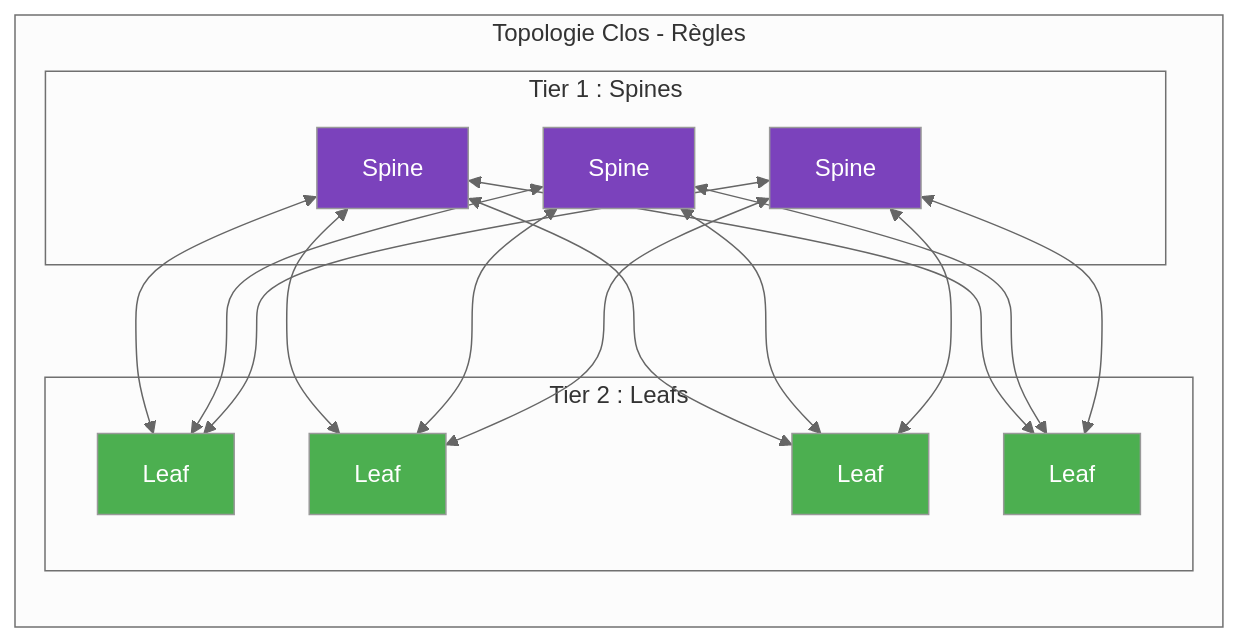
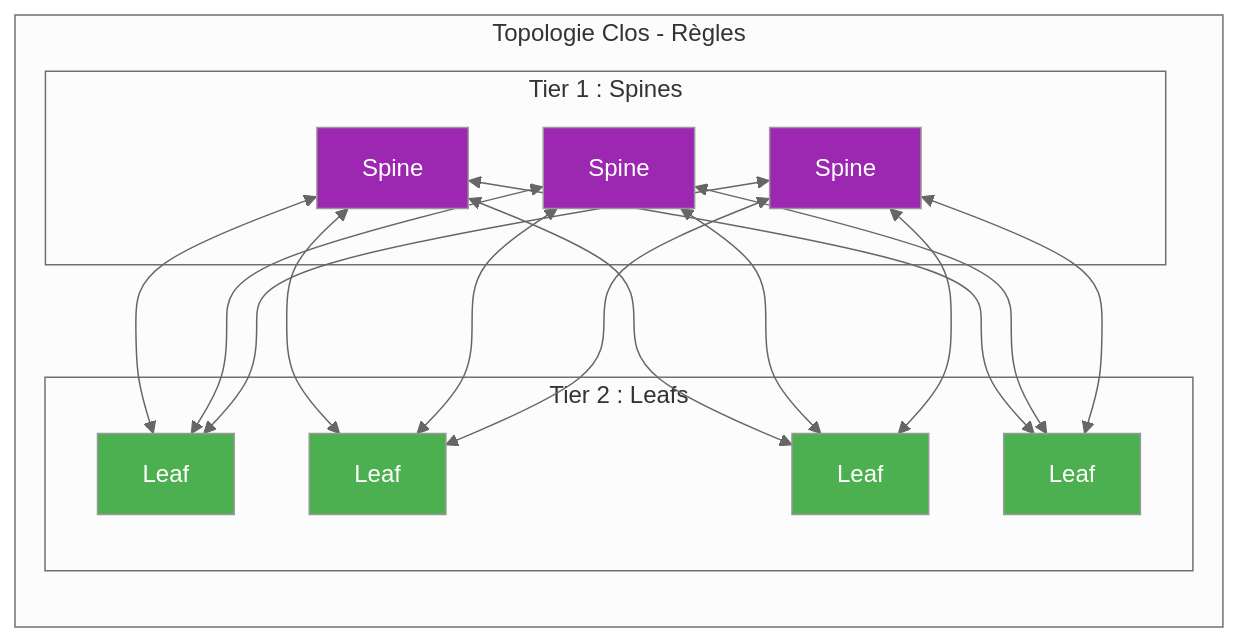
Before and after one commit to VBlackJack/ShellBook: the third of 15 diagrams in docs/formations/terraform-aci/02-module.md, drawn with Mermaid (neutral theme). The commit also changed other lines of this file and 337 other files, not shown here.

First line of the commit message:
refactor(docs): Standardize code blocks and Mermaid colors

````diff
--- a/docs/formations/terraform-aci/02-module.md
+++ b/docs/formations/terraform-aci/02-module.md
@@ -122,42 +122,42 @@
 ```mermaid
 graph TB
     subgraph "Topologie Clos - Règles"
         direction TB
 
         subgraph "Tier 1 : Spines"
             S1[Spine]
             S2[Spine]
             S3[Spine]
         end
 
         subgraph "Tier 2 : Leafs"
             L1[Leaf]
             L2[Leaf]
             L3[Leaf]
             L4[Leaf]
         end
 
         S1 <--> L1
         S1 <--> L2
         S1 <--> L3
         S1 <--> L4
 
         S2 <--> L1
         S2 <--> L2
         S2 <--> L3
         S2 <--> L4
 
         S3 <--> L1
         S3 <--> L2
         S3 <--> L3
         S3 <--> L4
     end
 
-    style S1 fill:#7b42bc,color:#fff
-    style S2 fill:#7b42bc,color:#fff
-    style S3 fill:#7b42bc,color:#fff
+    style S1 fill:#9C27B0,color:#fff
+    style S2 fill:#9C27B0,color:#fff
+    style S3 fill:#9C27B0,color:#fff
     style L1 fill:#4caf50,color:#fff
     style L2 fill:#4caf50,color:#fff
     style L3 fill:#4caf50,color:#fff
     style L4 fill:#4caf50,color:#fff
 ```
````
